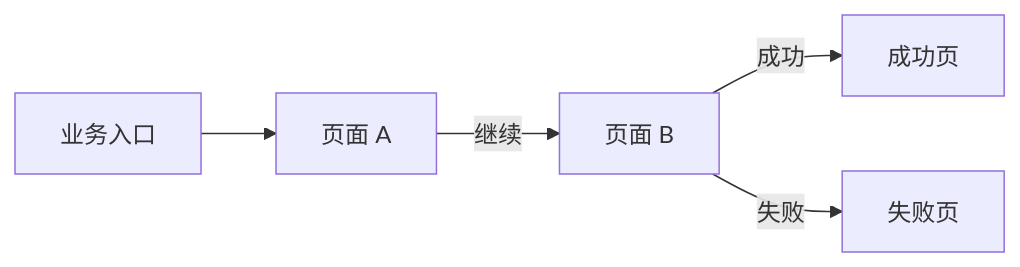
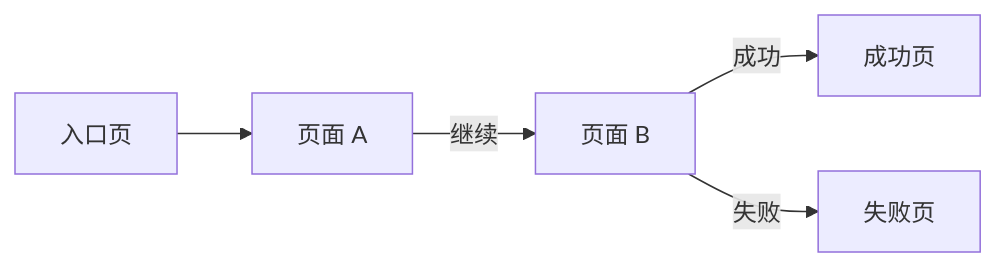
The fourth of 4 diagrams in prd-template/standard-prd-template.md (kelvin381539960-cyber/prd-for-ai), drawn with Mermaid before and after one commit. The commit also changed other lines of this file, not shown here.

````diff
--- a/prd-template/standard-prd-template.md
+++ b/prd-template/standard-prd-template.md
@@ -337,13 +344,13 @@
 ```mermaid
 flowchart LR
-  Entry[业务入口]
-  Start[页面 A]
-  Process[页面 B]
+  Entry[入口页]
+  PageA[页面 A]
+  PageB[页面 B]
   Success[成功页]
   Failed[失败页]
 
-  Entry --> Start
-  Start -->|继续| Process
-  Process -->|成功| Success
-  Process -->|失败| Failed
+  Entry --> PageA
+  PageA -->|继续| PageB
+  PageB -->|成功| Success
+  PageB -->|失败| Failed
 ```
````
